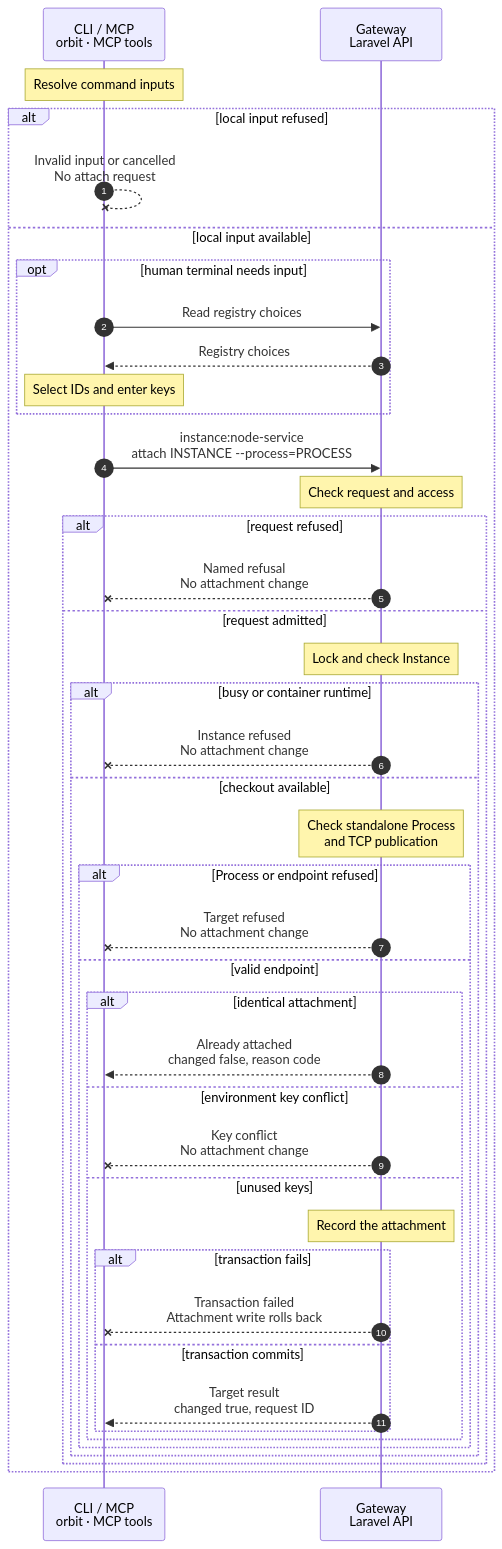
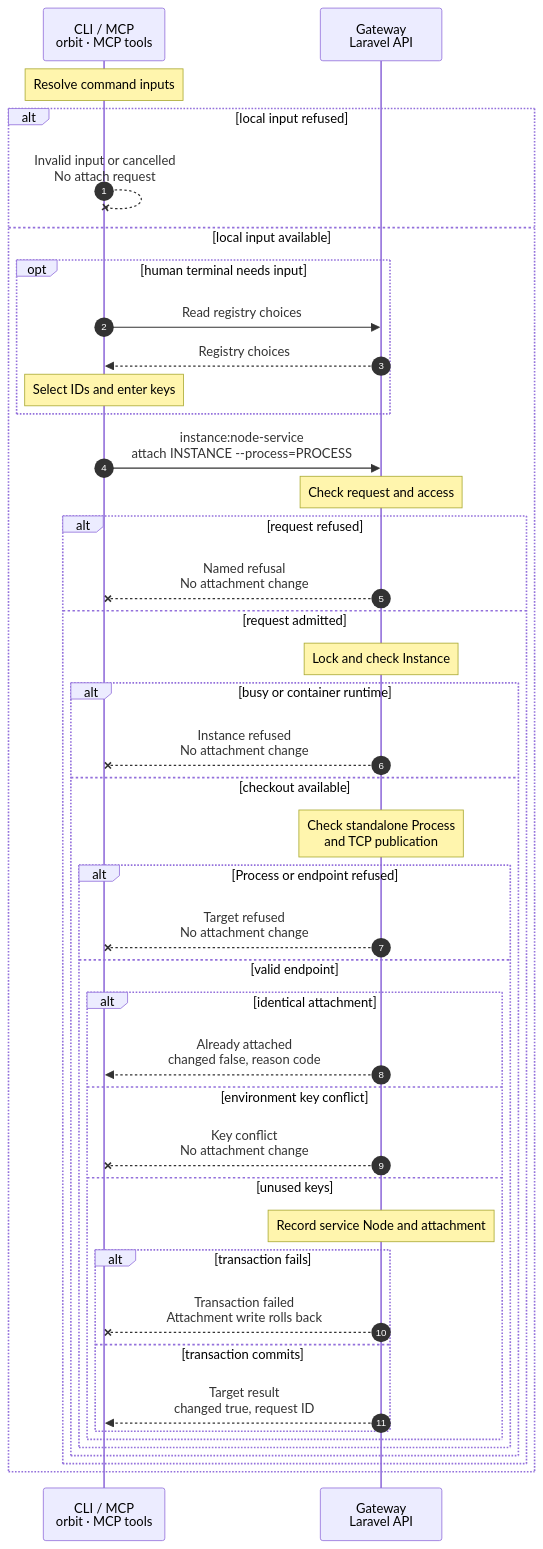
The diagram in docs/cli/instance/node-service-attach.mmd (hardimpactdev/orbit), drawn with Mermaid before and after one commit. The commit also changed 5 other files, not shown here.

Commit message:
docs: specify remote Node service access targets

```diff
--- a/docs/cli/instance/node-service-attach.mmd
+++ b/docs/cli/instance/node-service-attach.mmd
@@ -1,77 +1,77 @@
 sequenceDiagram
   %% Record-only attachment: recorded Process intent, no Node execution.
   %% status: draft
   %% command: instance:node-service:attach
   %% kind: instance.node_service_attach
   autonumber
   %% lane CLI icon=terminal pill=caller tone=gray
   %% lane GW icon=gateway pill=intent tone=blue
   participant CLI as CLI / MCP<br/>orbit · MCP tools
   participant GW as Gateway<br/>Laravel API
   Note over CLI: Resolve command inputs
   alt local input refused
     CLI--xCLI: Invalid input or cancelled<br/>No attach request
     %%> On failure:
     %%> - instance.id_invalid refuses an invalid supplied or missing noninteractive Instance ID, or an empty Instance list after the registry GET; no mutation request is sent.
     %%> - instance.node_service_process_required refuses a missing noninteractive Process ID, or an empty Node Process list after its registry GET; no mutation request is sent.
     %%> - instance.node_service_host_key_required and instance.node_service_port_key_required refuse omitted key names only in JSON or noninteractive mode.
     %%> - validation.failed refuses an invalid supplied Process ID or port, including an explicitly empty port.
     %%> - input.cancelled ends a cancelled terminal selection or text prompt before mutation.
     %%> - State stays unchanged. Invalid supplied IDs or port and missing noninteractive inputs send no request. Terminal cancellation or empty choices can follow registry reads.
   else local input available
     opt human terminal needs input
       CLI->>GW: Read registry choices
       GW-->>CLI: Registry choices
       Note over CLI: Select IDs and enter keys
       %%> When:
       %%> - Omitted IDs use registry data lists; omitted environment keys use validated text prompts. Reads may refuse without an attachment change.
     end
     CLI->>GW: instance:node-service<br/>attach INSTANCE --process=PROCESS
     %%> Command:
     %%> - orbit instance:node-service:attach INSTANCE --process=PROCESS --host-env-key=KEY --port-env-key=KEY
     %%> - syntax: instance:node-service:attach
     Note over GW: Check request and access
     %%> On failure:
-    %%> - peer.identity_unknown, node_access.required or http.404 refuses the caller or numeric Instance.
+    %%> - peer.identity_unknown, node_access.required or http.404 refuses the caller or numeric Instance; authority is required for both the Instance Node and selected Process Node.
     %%> - validation.failed refuses invalid body fields or environment keys.
     alt request refused
       GW--xCLI: Named refusal<br/>No attachment change
     else request admitted
       Note over GW: Lock and check Instance
       alt busy or container runtime
         GW--xCLI: Instance refused<br/>No attachment change
         %%> On failure:
         %%> - instance.lifecycle_busy refuses an inactive Instance, running migration or detach.
         %%> - instance.node_service_runtime_unsupported refuses an existing container runtime.
       else checkout available
         Note over GW: Check standalone Process<br/>and TCP publication
         %%> Why:
         %%> - Admission uses recorded ownership, desired state and Docker publication; it contacts no Node.
         alt Process or endpoint refused
           GW--xCLI: Target refused<br/>No attachment change
           %%> On failure:
-          %%> - instance.node_service_process_missing, instance.node_service_remote_node and instance.node_service_process_owned refuse an unknown, non-Node, remote or service-owned Process.
+          %%> - instance.node_service_process_missing and instance.node_service_process_owned refuse an unknown, non-Node or service-owned Process; remote Docker Processes are eligible.
           %%> - instance.node_service_protocol_unsupported and instance.node_service_process_stopped refuse non-TCP or desired-stopped targets.
           %%> - instance.node_service_port_required and instance.node_service_port_unpublished refuse an omitted choice among several ports or an unpublished TCP host port.
-          %%> - instance.node_service_port_reserved, instance.host_unavailable and instance.node_service_listener_private refuse infrastructure ports, a missing bridge or private-only binding.
+          %%> - instance.node_service_port_reserved, instance.host_unavailable and instance.node_service_listener_private refuse infrastructure ports, a missing Instance bridge, or an ineligible bind. A remote target needs exactly one TCP publication at its owner's private IPv4 WireGuard address.
         else valid endpoint
           alt identical attachment
             GW-->>CLI: Already attached<br/>changed false, reason code
             %%> When:
             %%> - The Process, port and both keys match the existing record; its stable skip reason is instance.node_service_target_unchanged.
           else environment key conflict
             GW--xCLI: Key conflict<br/>No attachment change
             %%> On failure:
             %%> - instance.node_service_environment_conflict requires detaching the old record before a correction.
           else unused keys
-            Note over GW: Record the attachment
+            Note over GW: Record service Node and attachment
             alt transaction fails
               GW--xCLI: Transaction failed<br/>Attachment write rolls back
             else transaction commits
               GW-->>CLI: Target result<br/>changed true, request ID
             end
           end
         end
       end
     end
   end
```
